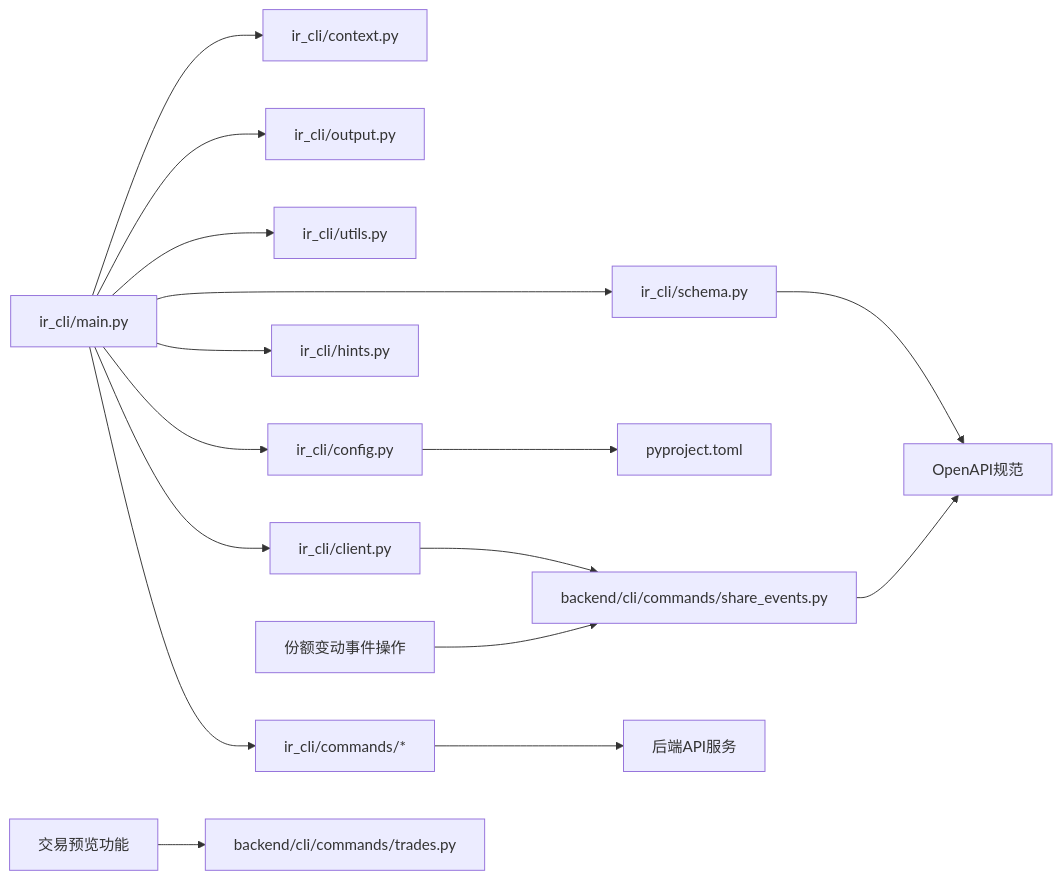
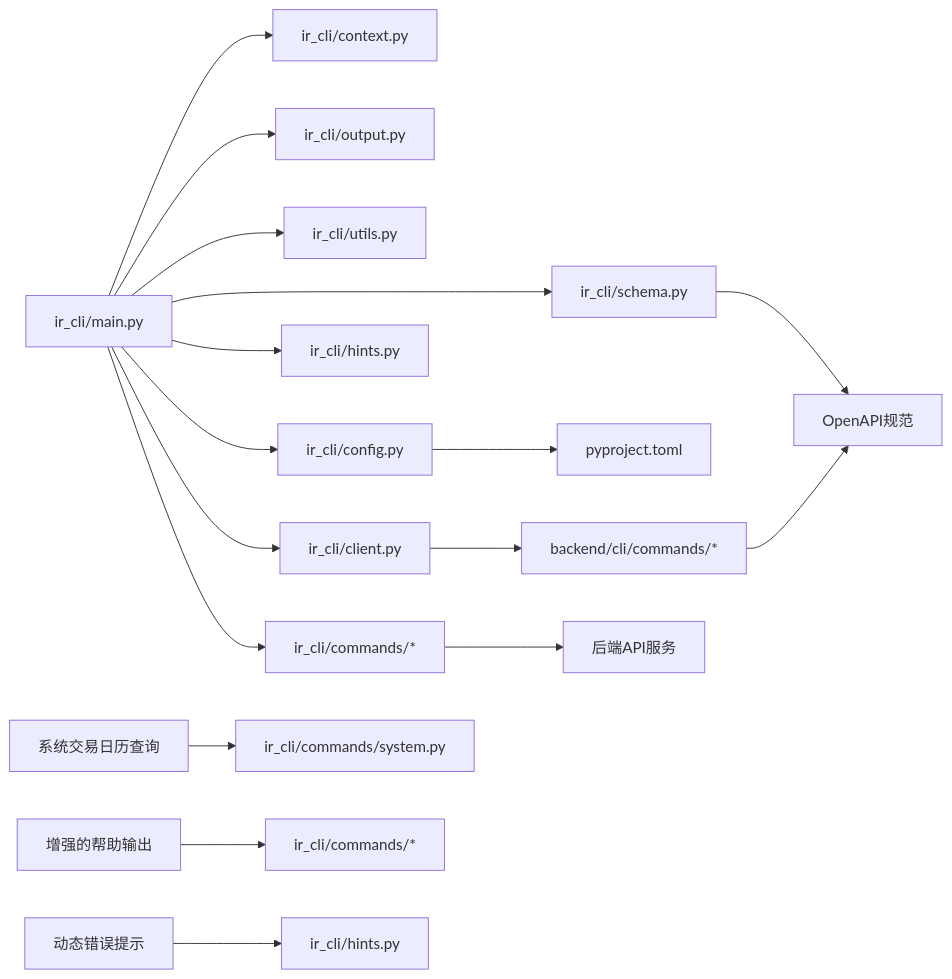
The fourth of 4 diagrams in .qoder/repowiki/zh/content/开发指南/InvestRing Admin CLI 工具.md (gujialind/InvestRing), drawn with Mermaid before and after one commit. The commit also changed other lines of this file and 15 other files, not shown here.

````diff
--- a/.qoder/repowiki/zh/content/开发指南/InvestRing Admin CLI 工具.md
+++ b/.qoder/repowiki/zh/content/开发指南/InvestRing Admin CLI 工具.md
@@ -233,18 +235,19 @@
 ```mermaid
 graph LR
 Main["ir_cli/main.py"] --> Ctx["ir_cli/context.py"]
 Main --> Out["ir_cli/output.py"]
 Main --> Utils["ir_cli/utils.py"]
 Main --> Schema["ir_cli/schema.py"]
 Main --> Hints["ir_cli/hints.py"]
 Main --> Config["ir_cli/config.py"]
 Main --> Client["ir_cli/client.py"]
 Main --> Cmds["ir_cli/commands/*"]
 Cmds --> Services["后端API服务"]
-Client --> BackendCLI["backend/cli/commands/share_events.py"]
+Client --> BackendCLI["backend/cli/commands/*"]
 BackendCLI --> API["OpenAPI规范"]
 Config --> PyProj["pyproject.toml"]
 Schema --> API
-ShareEventOps["份额变动事件操作"] --> BackendCLI
-TradePreview["交易预览功能"] --> trades["backend/cli/commands/trades.py"]
+SystemTradingDay["系统交易日历查询"] --> system["ir_cli/commands/system.py"]
+EnhancedHelp["增强的帮助输出"] --> commands["ir_cli/commands/*"]
+DynamicHints["动态错误提示"] --> hints["ir_cli/hints.py"]
 ```
````
